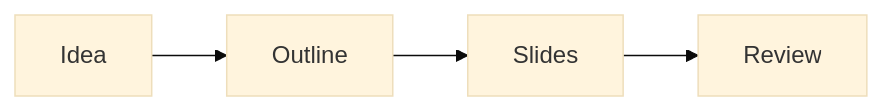
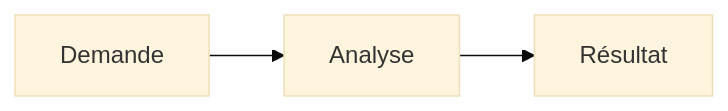
Before and after one commit to crowdedmovie/slidev-tplt: the second of 2 diagrams in slides.md, drawn with Mermaid (base theme). The commit also changed other lines of this file and 3 other files, not shown here.

````diff
--- a/slides.md
+++ b/slides.md
@@ -128,4 +184,4 @@
 ```mermaid
 flowchart LR
-  Idea --> Outline --> Slides --> Review
+  A[Demande] --> B[Analyse] --> C[Résultat]
 ```
````
